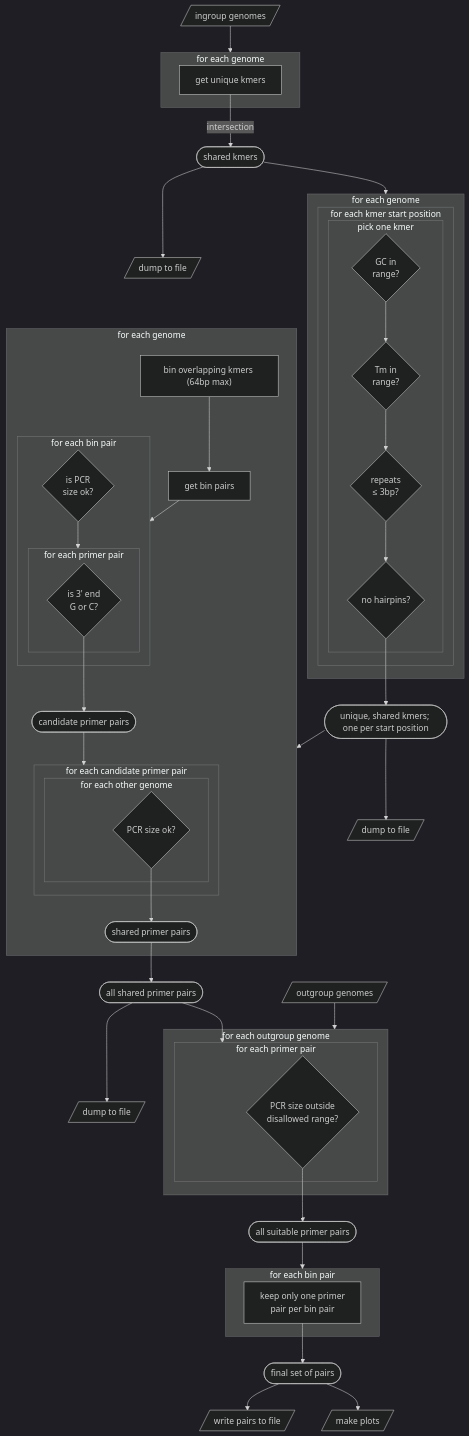
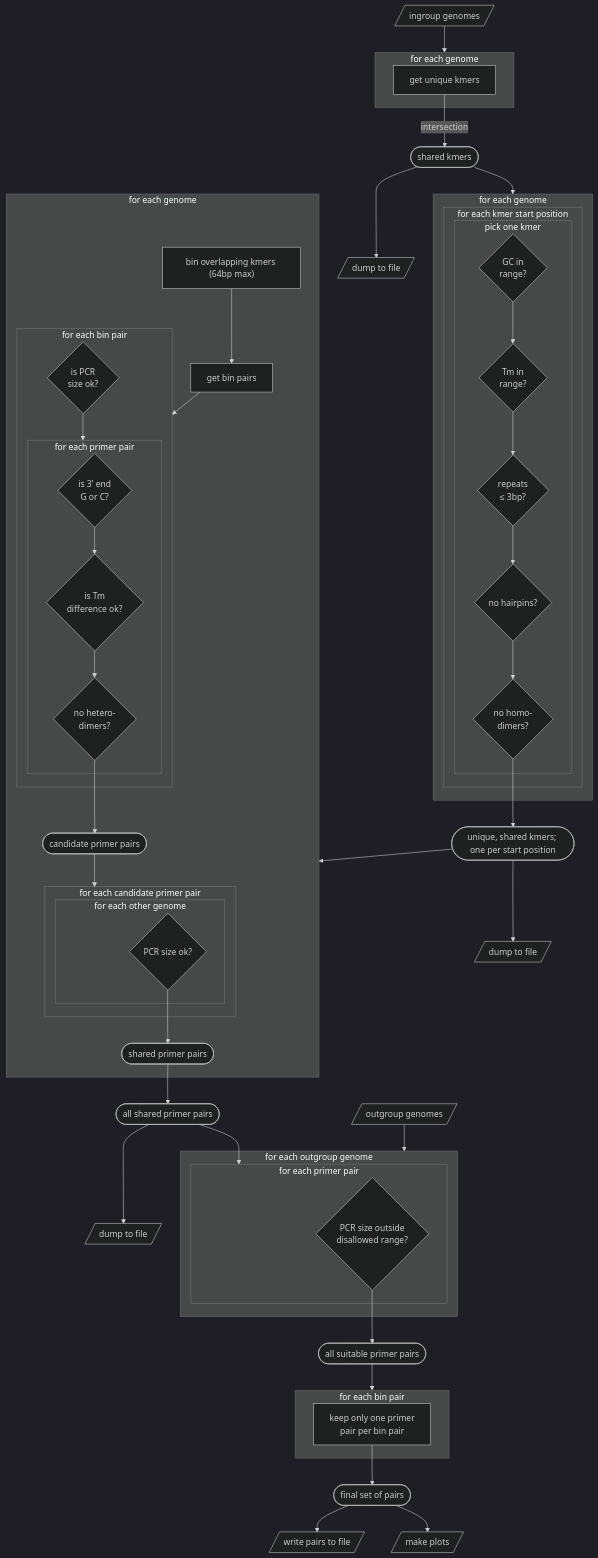
Before and after one commit to dr-joe-wirth/primerForge: the diagram in README.md, drawn with Mermaid (dark theme).

Commit message:
updated mermaid plot to include new filters

```diff
--- a/README.md
+++ b/README.md
@@ -83,7 +83,9 @@
                 homo{"repeats
                 ≤ 3bp?"}
                 hair{"no hairpins?"}
-                GC-->Tm-->homo-->hair
+                dime{"no homo-
+                dimers?"}
+                GC-->Tm-->homo-->hair-->dime
             end
         end
     end
@@ -93,7 +95,7 @@
     dump1[/"dump to file"/]
     sharedKmers --> dump1
     candidates(["unique, shared kmers; one per start position"])
-    hair --> candidates
+    dime --> candidates
 
     %% get primer pairs
     subgraph C["for each genome"]
@@ -109,6 +111,10 @@
             subgraph C4["for each primer pair"]
                 prime{"is 3' end
                 G or C?"}
+                temp{"is Tm
+                difference ok?"}
+                hetero{"no hetero-
+                dimers?"}
             end
             size --> C4
         end
@@ -123,7 +129,7 @@
 
         bin1 --> bin2
         bin2 --> C0
-        prime --> candPair
+        prime --> temp --> hetero --> candPair
         candPair --> C2
         pcr --> sharePair
     end
```
